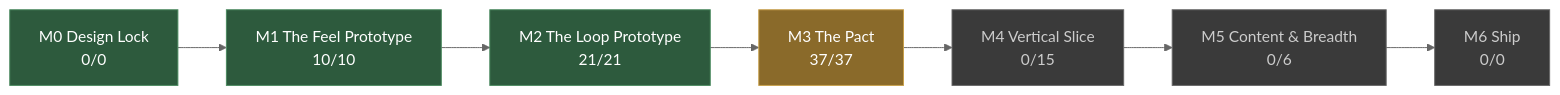
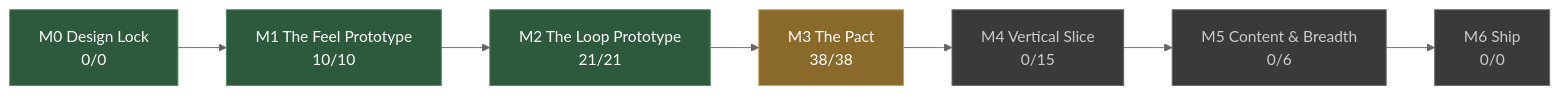
Before and after one commit to JoshuaGessner/she: the diagram in docs/STATUS.md, drawn with Mermaid (neutral theme). The commit also changed other lines of this file and 11 other files, not shown here.

````diff
--- a/docs/STATUS.md
+++ b/docs/STATUS.md
@@ -13,19 +13,19 @@
 ```mermaid
 flowchart LR
   M0["M0 Design Lock<br/>0/0"]:::passed
   M1["M1 The Feel Prototype<br/>10/10"]:::passed
   M0 --> M1
   M2["M2 The Loop Prototype<br/>21/21"]:::passed
   M1 --> M2
-  M3["M3 The Pact<br/>37/37"]:::current
+  M3["M3 The Pact<br/>38/38"]:::current
   M2 --> M3
   M4["M4 Vertical Slice<br/>0/15"]:::ahead
   M3 --> M4
   M5["M5 Content & Breadth<br/>0/6"]:::ahead
   M4 --> M5
   M6["M6 Ship<br/>0/0"]:::ahead
   M5 --> M6
   classDef passed fill:#2d5a3d,stroke:#4a8a5f,color:#fff
   classDef current fill:#8a6a2a,stroke:#c8a04a,color:#fff
   classDef ahead fill:#3a3a3a,stroke:#666,color:#ccc
 ```
````
